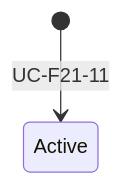
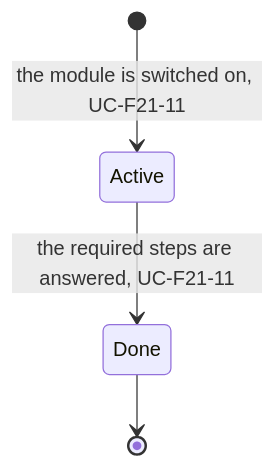
The second of 2 diagrams in docs/specs/02-functional/f21-onboarding-and-modules/data/e-f21-18-module-guide.md (gpbcom/SimpleERP), drawn with Mermaid before and after one commit. The commit also changed other lines of this file and 8816 other files, not shown here.

````diff
--- a/docs/specs/02-functional/f21-onboarding-and-modules/data/e-f21-18-module-guide.md
+++ b/docs/specs/02-functional/f21-onboarding-and-modules/data/e-f21-18-module-guide.md
@@ -25,4 +47,6 @@
 ```mermaid
 stateDiagram-v2
-  [*] --> Active : UC-F21-11
+  [*] --> Active : the module is switched on, UC-F21-11
+  Active --> Done : the required steps are answered, UC-F21-11
+  Done --> [*]
 ```
````
